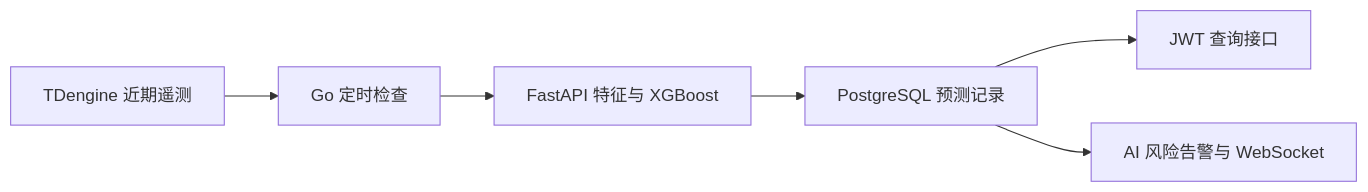
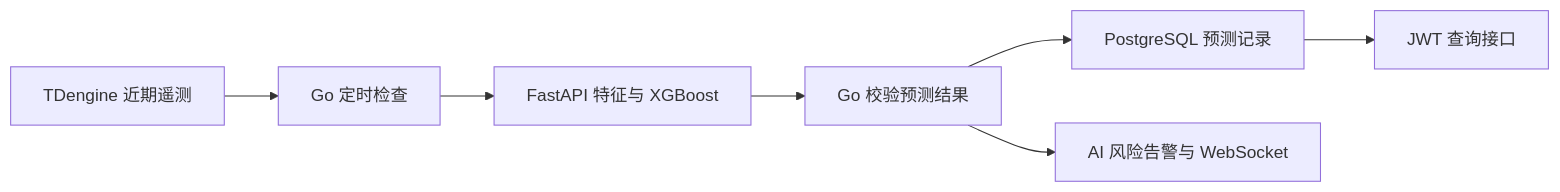
One commit to Cyan-carp/PowerSystem changed the diagram in 开发阶段3-AI预测模块/03-预测服务与告警.md. Above: the diagram before and after it, drawn with Mermaid. The commit also changed 13 other files, not shown here.

````diff
--- a/开发阶段3-AI预测模块/03-预测服务与告警.md
+++ b/开发阶段3-AI预测模块/03-预测服务与告警.md
@@ -15,8 +15,9 @@
 ```mermaid
 flowchart LR
   TD[TDengine 近期遥测] --> GO[Go 定时检查]
   GO --> AI[FastAPI 特征与 XGBoost]
-  AI --> PG[PostgreSQL 预测记录]
+  AI --> RESULT[Go 校验预测结果]
+  RESULT --> PG[PostgreSQL 预测记录]
   PG --> API[JWT 查询接口]
-  PG --> AL[AI 风险告警与 WebSocket]
+  RESULT --> AL[AI 风险告警与 WebSocket]
 ```
````
